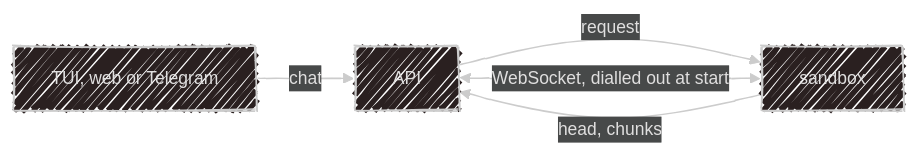
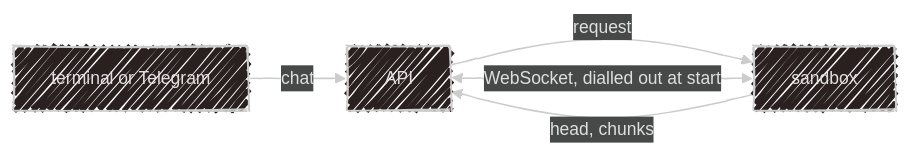
One commit to SubZtep/kaja changed the first of 2 diagrams in docs/use/sandbox.md. Above: the diagram before and after it, drawn with Mermaid. The commit also changed 135 other files, not shown here.

````diff
--- a/docs/use/sandbox.md
+++ b/docs/use/sandbox.md
@@ -60,12 +60,12 @@
 ```mermaid
 ---
 config:
   look: handDrawn
   theme: neo-dark
 ---
 flowchart LR
-  Chat["TUI, web or Telegram"] -->|chat| API["API"]
+  Chat["terminal or Telegram"] -->|chat| API["API"]
   API -->|"request"| Sandbox["sandbox"]
   Sandbox -->|"head, chunks"| API
   API <-->|"WebSocket, dialled out at start"| Sandbox
 ```
````
